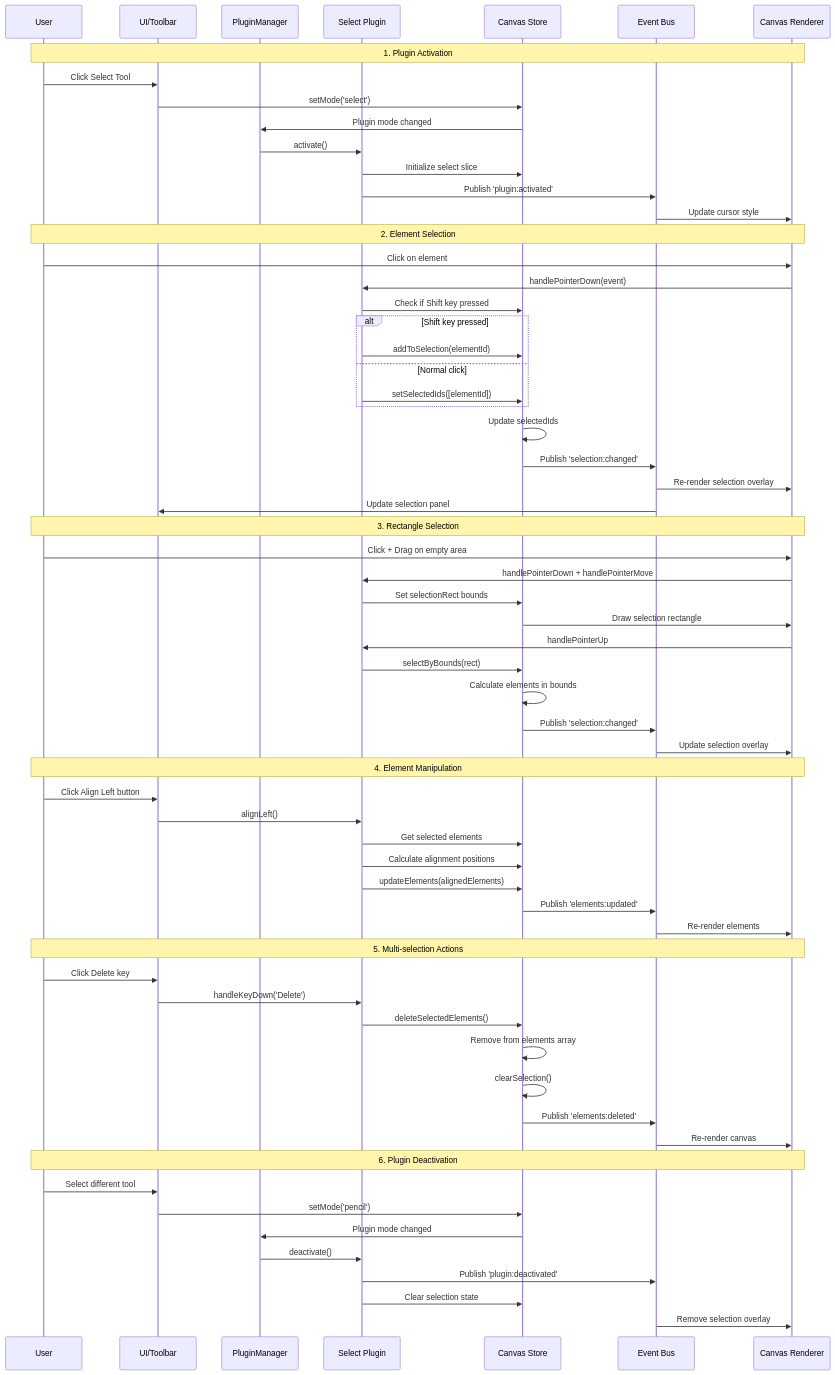
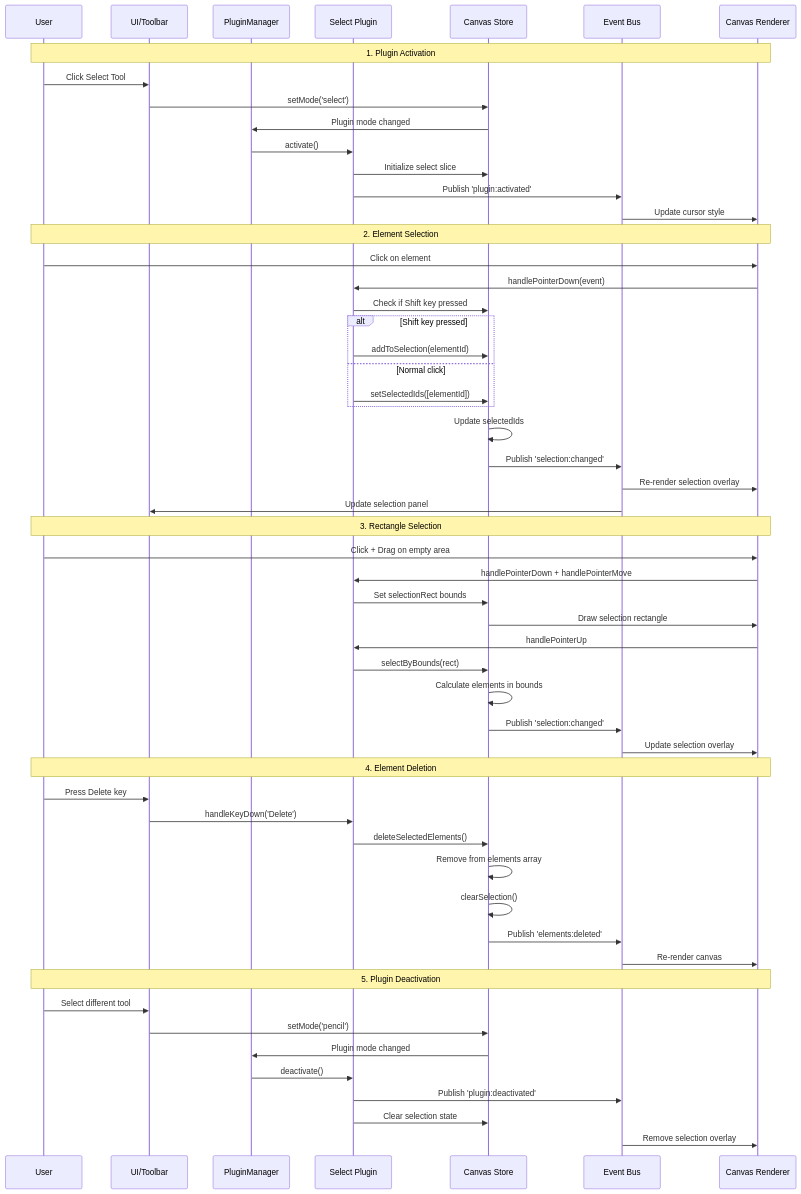
One commit to ekrsulov/ttpe changed the first of 2 diagrams in doc/docs/plugins/catalog/select.md. Above: the diagram before and after it, drawn with Mermaid. The commit also changed other lines of this file and 10 other files, not shown here.

````diff
--- a/doc/docs/plugins/catalog/select.md
+++ b/doc/docs/plugins/catalog/select.md
@@ -23,74 +27,65 @@
 ```mermaid
 sequenceDiagram
     participant User
     participant UI as UI/Toolbar
     participant PM as PluginManager
     participant SP as Select Plugin
     participant Store as Canvas Store
     participant EB as Event Bus
     participant Canvas as Canvas Renderer
     
     Note over User,Canvas: 1. Plugin Activation
     User->>UI: Click Select Tool
     UI->>Store: setMode('select')
     Store->>PM: Plugin mode changed
     PM->>SP: activate()
     SP->>Store: Initialize select slice
     SP->>EB: Publish 'plugin:activated'
     EB->>Canvas: Update cursor style
     
     Note over User,Canvas: 2. Element Selection
     User->>Canvas: Click on element
     Canvas->>SP: handlePointerDown(event)
     SP->>Store: Check if Shift key pressed
     
     alt Shift key pressed
         SP->>Store: addToSelection(elementId)
     else Normal click
         SP->>Store: setSelectedIds([elementId])
     end
     
     Store->>Store: Update selectedIds
     Store->>EB: Publish 'selection:changed'
     EB->>Canvas: Re-render selection overlay
     EB->>UI: Update selection panel
     
     Note over User,Canvas: 3. Rectangle Selection
     User->>Canvas: Click + Drag on empty area
     Canvas->>SP: handlePointerDown + handlePointerMove
     SP->>Store: Set selectionRect bounds
     Store->>Canvas: Draw selection rectangle
     
     Canvas->>SP: handlePointerUp
     SP->>Store: selectByBounds(rect)
     Store->>Store: Calculate elements in bounds
     Store->>EB: Publish 'selection:changed'
     EB->>Canvas: Update selection overlay
     
-    Note over User,Canvas: 4. Element Manipulation
-    User->>UI: Click Align Left button
-    UI->>SP: alignLeft()
-    SP->>Store: Get selected elements
-    SP->>Store: Calculate alignment positions
-    SP->>Store: updateElements(alignedElements)
-    Store->>EB: Publish 'elements:updated'
-    EB->>Canvas: Re-render elements
-    
-    Note over User,Canvas: 5. Multi-selection Actions
-    User->>UI: Click Delete key
+    Note over User,Canvas: 4. Element Deletion
+    User->>UI: Press Delete key
     UI->>SP: handleKeyDown('Delete')
     SP->>Store: deleteSelectedElements()
     Store->>Store: Remove from elements array
     Store->>Store: clearSelection()
     Store->>EB: Publish 'elements:deleted'
     EB->>Canvas: Re-render canvas
     
-    Note over User,Canvas: 6. Plugin Deactivation
+    Note over User,Canvas: 5. Plugin Deactivation
     User->>UI: Select different tool
     UI->>Store: setMode('pencil')
     Store->>PM: Plugin mode changed
     PM->>SP: deactivate()
     SP->>EB: Publish 'plugin:deactivated'
     SP->>Store: Clear selection state
     EB->>Canvas: Remove selection overlay
 ```
````
